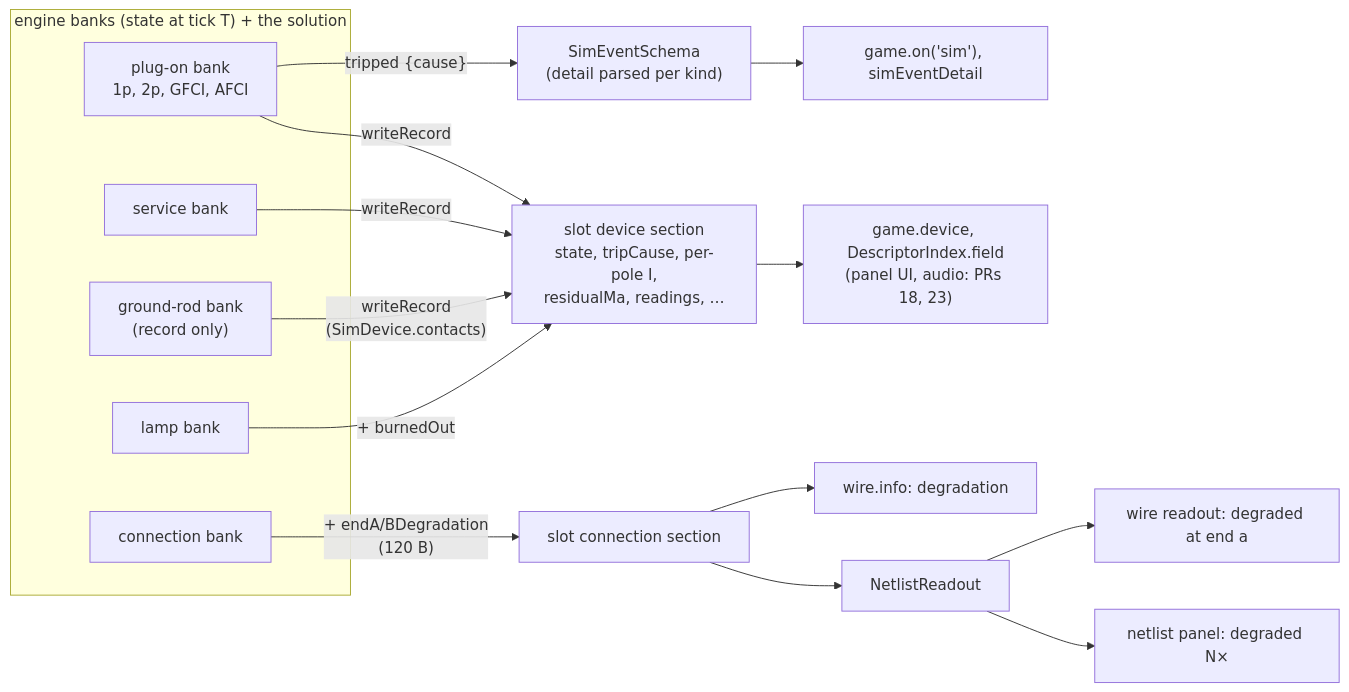
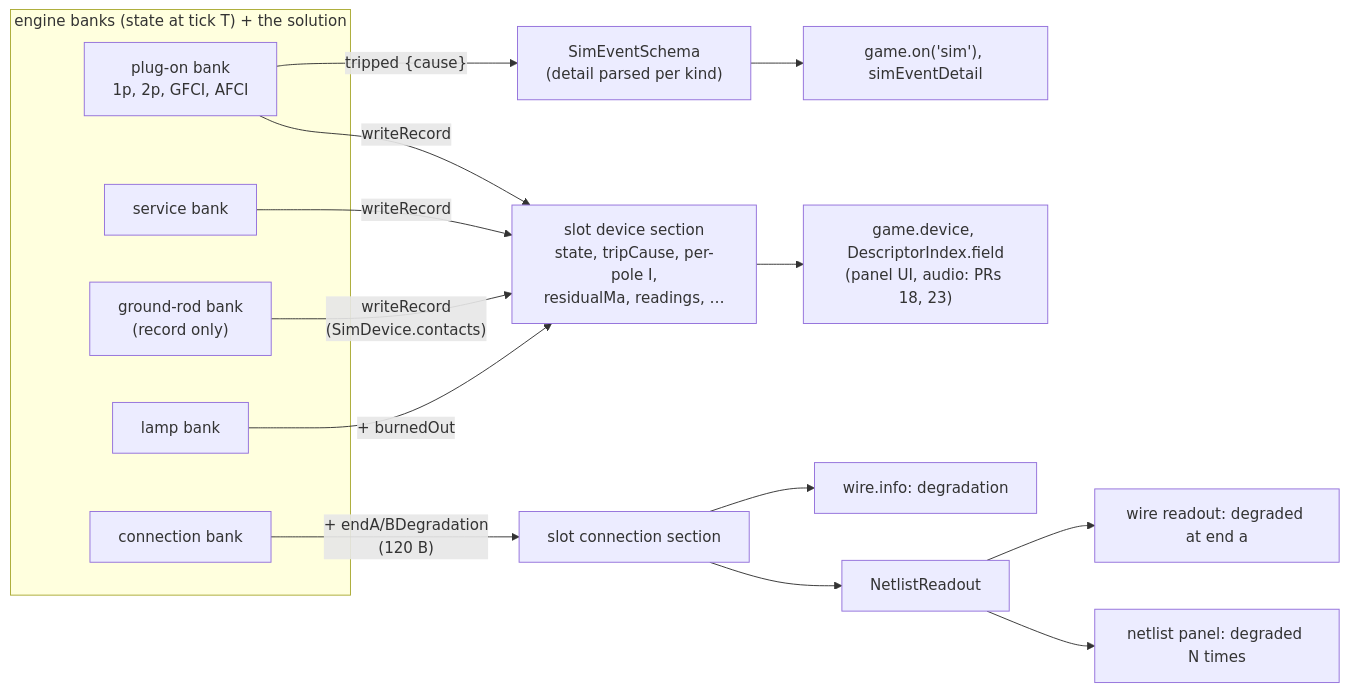
Before and after one commit to joebarbere/controls: diagram 23 of 23 in docs/architecture/simulation.md, drawn with Mermaid. The commit also changed other lines of this file and 28 other files, not shown here.

````diff
--- a/docs/architecture/simulation.md
+++ b/docs/architecture/simulation.md
@@ -904,21 +904,21 @@
 ```mermaid
 flowchart LR
     subgraph banks["engine banks (state at tick T) + the solution"]
       PO["plug-on bank<br/>1p, 2p, GFCI, AFCI"]
       SV["service bank"]
       RD["ground-rod bank<br/>(record only)"]
       LP["lamp bank"]
       CB["connection bank"]
     end
     PO -->|writeRecord| DEV["slot device section<br/>state, tripCause, per-pole I,<br/>residualMa, readings, …"]
     SV -->|writeRecord| DEV
     RD -->|"writeRecord<br/>(SimDevice.contacts)"| DEV
     LP -->|"+ burnedOut"| DEV
     CB -->|"+ endA/BDegradation<br/>(120 B)"| CONN["slot connection section"]
     DEV --> DEVICE["game.device, DescriptorIndex.field<br/>(panel UI, audio: PRs 18, 23)"]
-    CONN --> READOUT["NetlistReadout"] --> PANEL["netlist panel: degraded N×"]
+    CONN --> READOUT["NetlistReadout"] --> PANEL["netlist panel: degraded N times"]
     READOUT --> WIRE["wire readout: degraded at end a"]
     CONN --> INFO["wire.info: degradation"]
     PO -->|"tripped {cause}"| EV["SimEventSchema<br/>(detail parsed per kind)"]
     EV --> ON["game.on('sim'), simEventDetail"]
 ```
````
